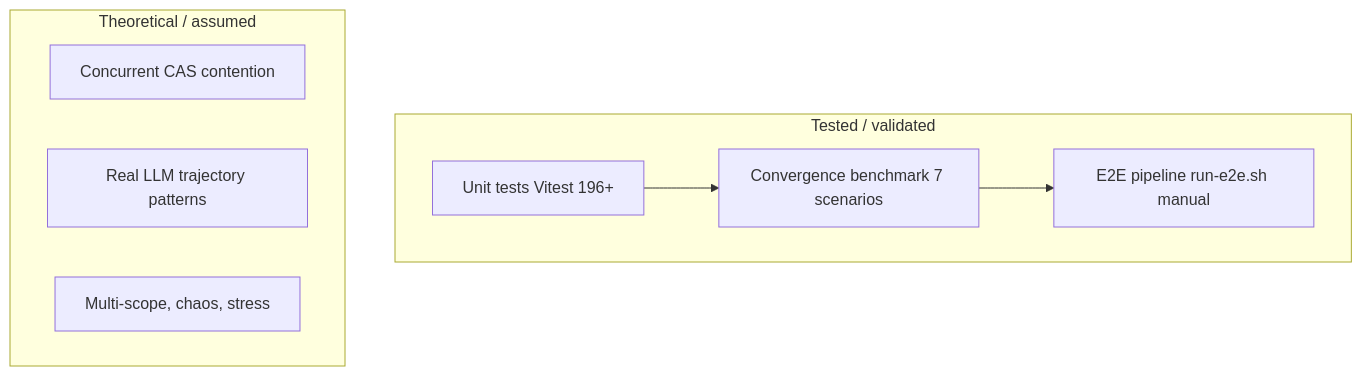
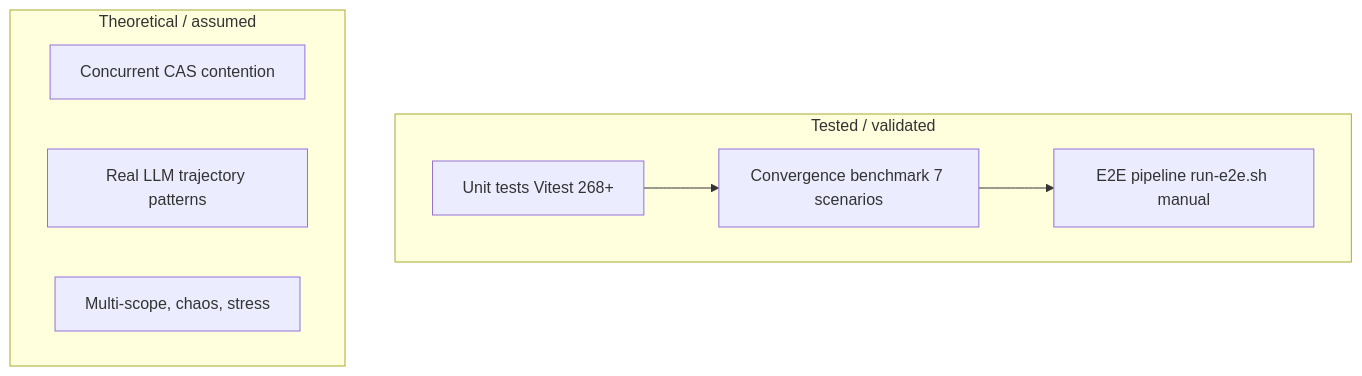
Before and after one commit to DealExMachina/swarm-of-governed-agents: the diagram in docs/validation.md, drawn with Mermaid. The commit also changed other lines of this file and 55 other files, not shown here.

````diff
--- a/docs/validation.md
+++ b/docs/validation.md
@@ -14,15 +14,15 @@
 ```mermaid
 flowchart TB
   subgraph tested["Tested / validated"]
-    U[Unit tests Vitest 196+]
+    U[Unit tests Vitest 268+]
     BENCH[Convergence benchmark 7 scenarios]
     E2E[E2E pipeline run-e2e.sh manual]
   end
   subgraph theoretical["Theoretical / assumed"]
     T1[Concurrent CAS contention]
     T2[Real LLM trajectory patterns]
     T3[Multi-scope, chaos, stress]
   end
   U --> BENCH
   BENCH --> E2E
 ```
````
